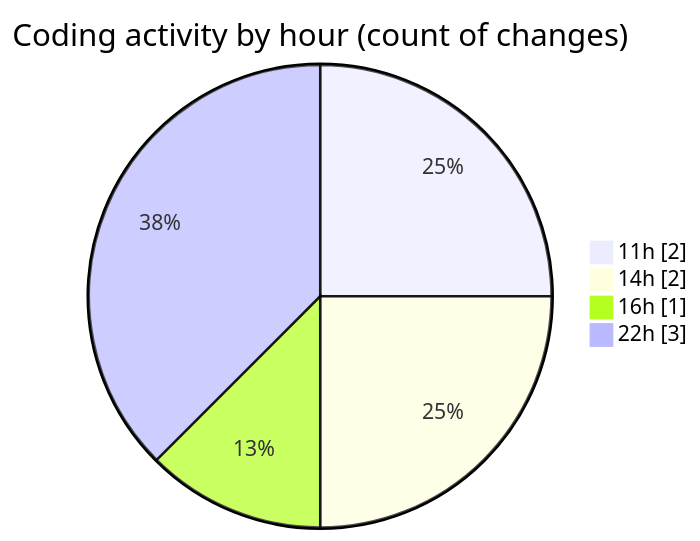
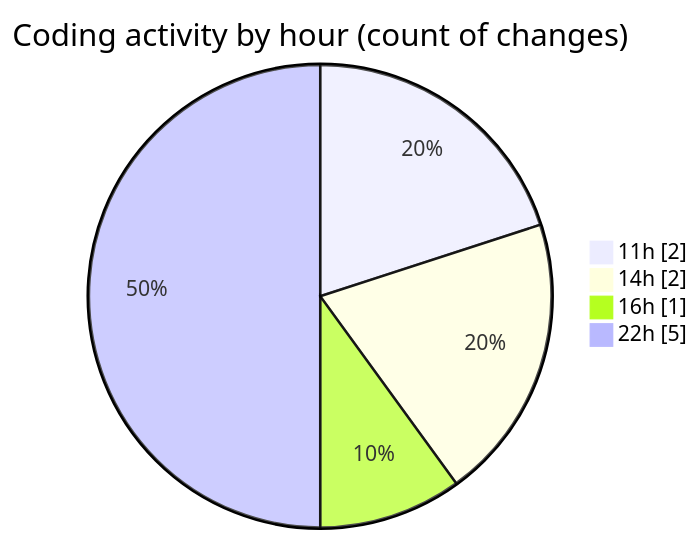
The second of 2 diagrams in 2025-07-17/urlwebwala_intership_work/README.md (Ritupan-Deka/code-tracking), drawn with Mermaid before and after one commit. The commit also changed other lines of this file and 1 other file, not shown here.

````diff
--- a/2025-07-17/urlwebwala_intership_work/README.md
+++ b/2025-07-17/urlwebwala_intership_work/README.md
@@ -34,8 +34,8 @@
 ```mermaid
 pie showData
 title Coding activity by hour (count of changes)
 "11h" : 2
 "14h" : 2
 "16h" : 1
-"22h" : 3
+"22h" : 5
 ```
````
